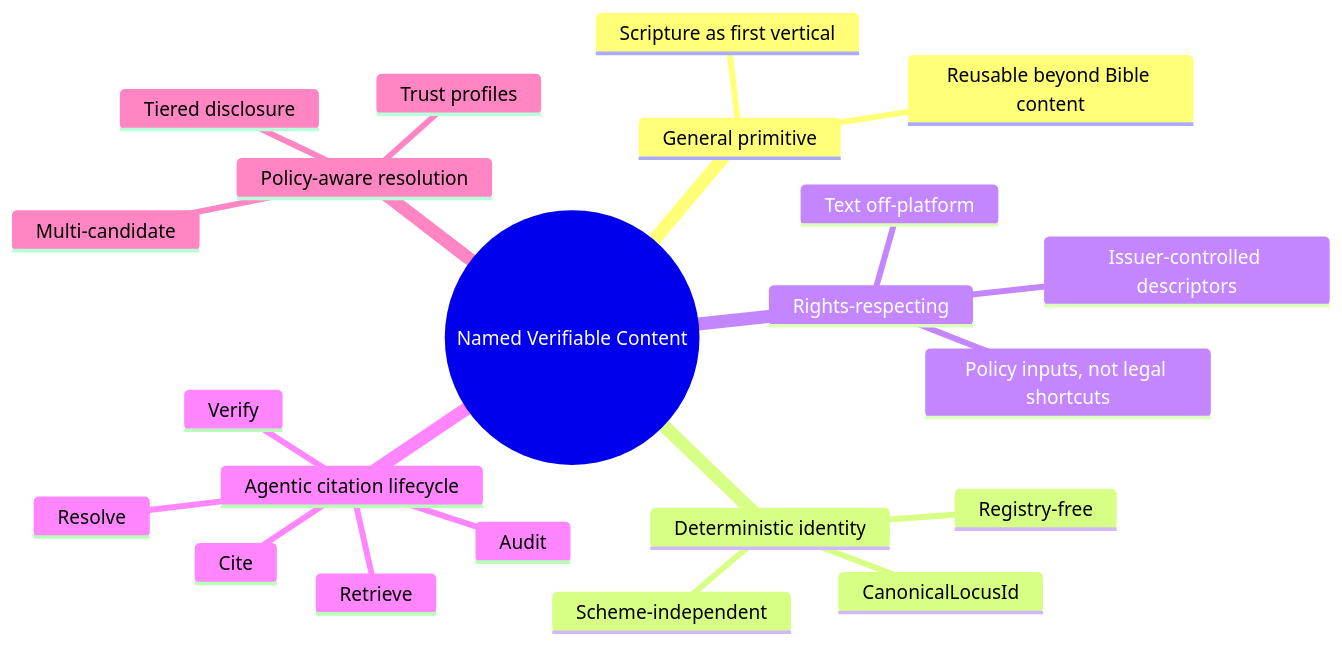
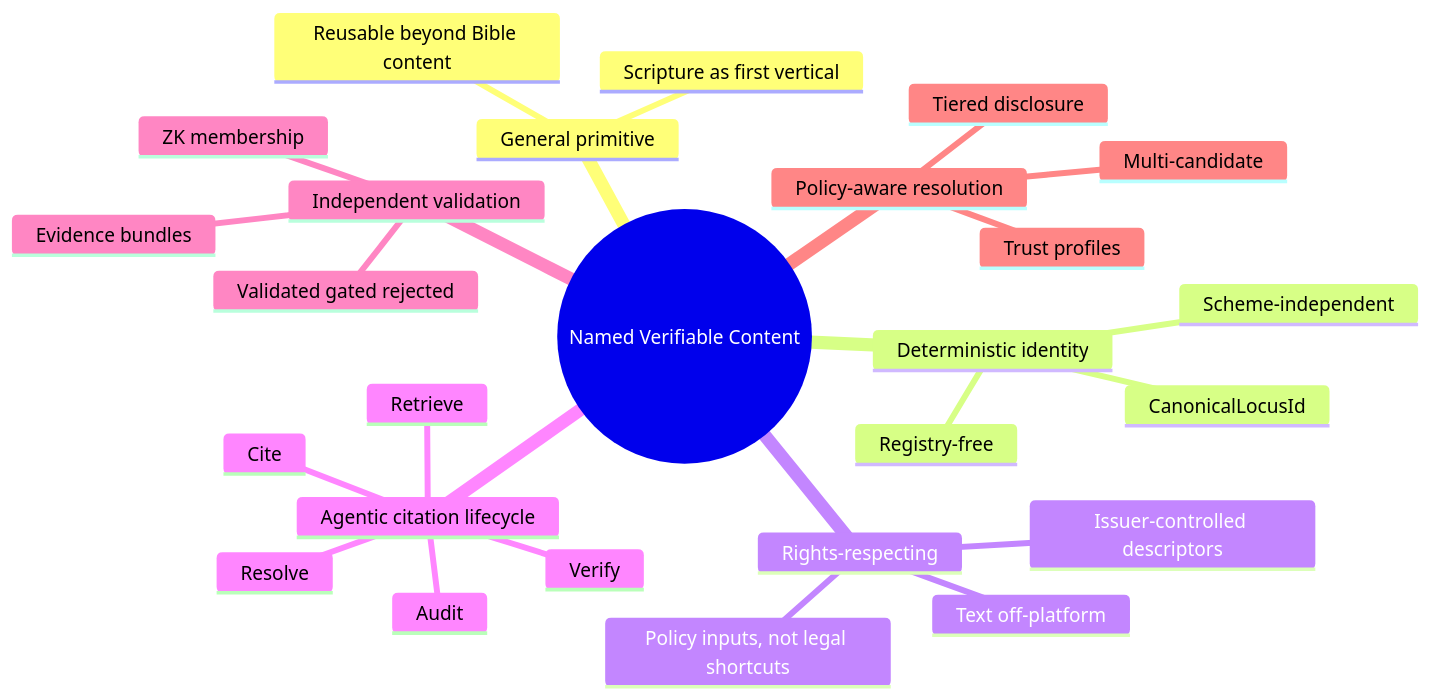
Before and after one commit to rpedersen3/verifiable-content-demo: the second of 3 diagrams in documents/branding-approach.md, drawn with Mermaid. The commit also changed other lines of this file and 9 other files, not shown here.

````diff
--- a/documents/branding-approach.md
+++ b/documents/branding-approach.md
@@ -102,25 +104,29 @@
 ```mermaid
 mindmap
   root((Named Verifiable Content))
     General primitive
       Scripture as first vertical
       Reusable beyond Bible content
     Deterministic identity
       CanonicalLocusId
       Registry-free
       Scheme-independent
     Rights-respecting
       Text off-platform
       Issuer-controlled descriptors
       Policy inputs, not legal shortcuts
     Agentic citation lifecycle
       Resolve
       Verify
       Retrieve
       Cite
       Audit
+    Independent validation
+      Evidence bundles
+      ZK membership
+      Validated gated rejected
     Policy-aware resolution
       Multi-candidate
       Trust profiles
       Tiered disclosure
 ```
````
